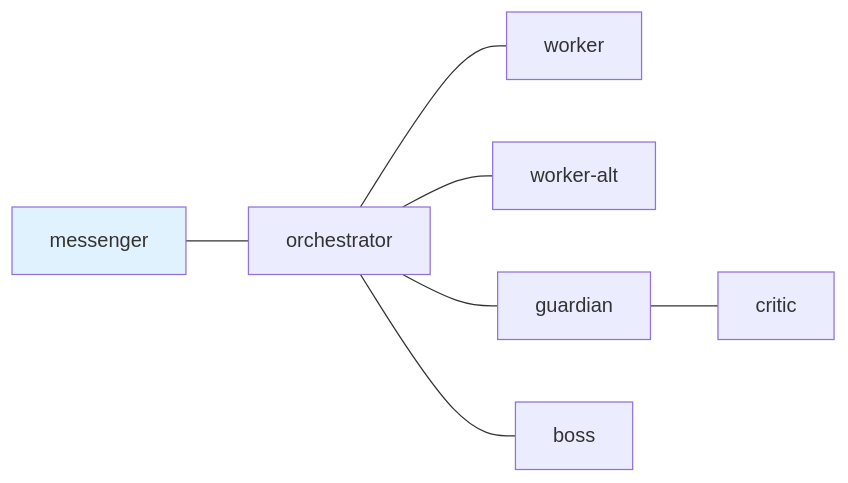
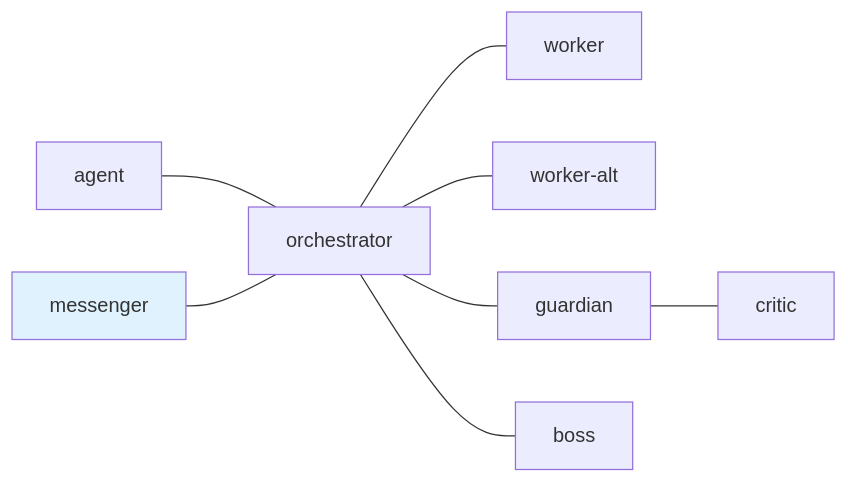
Before and after one commit to i9wa4/dotfiles: the diagram in config/tmux-a2a-postman/postman.md, drawn with Mermaid. The commit also changed other lines of this file, not shown here.

Commit message:
docs(tmux-a2a-postman): update agent graph and remove T-800 persona

````diff
--- a/config/tmux-a2a-postman/postman.md
+++ b/config/tmux-a2a-postman/postman.md
@@ -15,11 +15,12 @@
 ```mermaid
 graph LR
+    agent --- orchestrator
     messenger --- orchestrator
     orchestrator --- worker
     orchestrator --- worker-alt
     orchestrator --- guardian
     orchestrator --- boss
     guardian --- critic
     class messenger ui_node
     classDef ui_node fill:#e0f2fe
 ```
````
